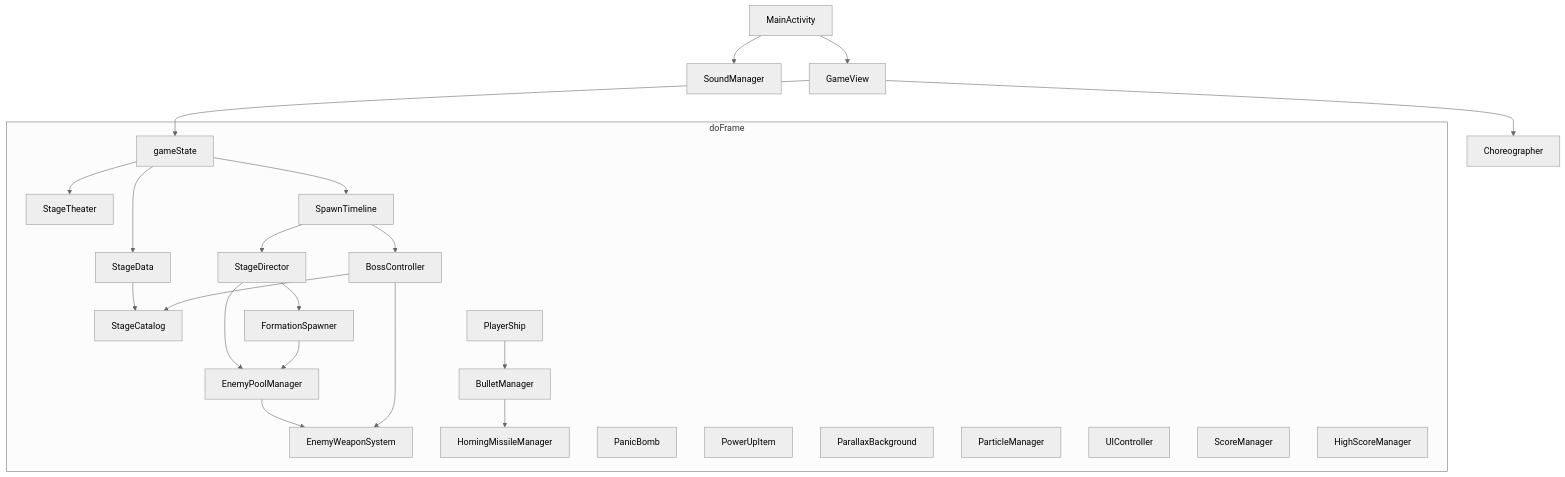
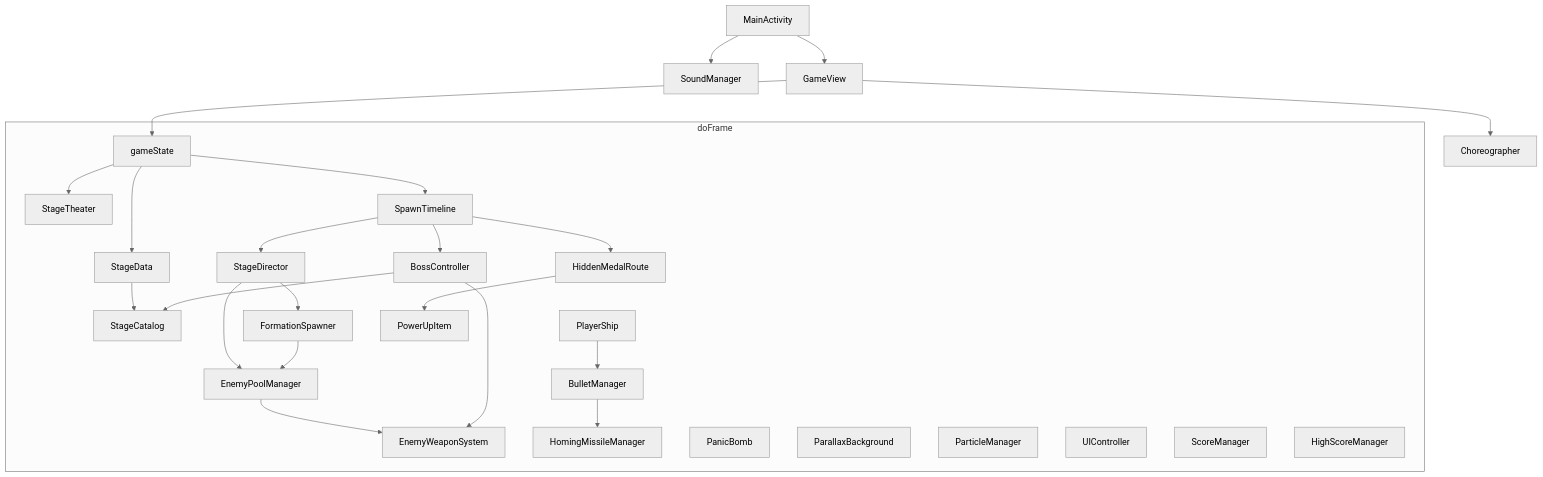
One commit to ccolteu/strikers changed the diagram in README.md. Above: the diagram before and after it, drawn with Mermaid (neutral theme). The commit also changed other lines of this file and 8 other files, not shown here.

Commit message:
No-miss and no-bomb recap bonuses, hidden medal routes on every stage, and separate high-score tables per difficulty.

````diff
--- a/README.md
+++ b/README.md
@@ -79,47 +82,50 @@
 ```mermaid
 flowchart TB
   MA[MainActivity]
   SM[SoundManager]
   GV[GameView]
   CH[Choreographer]
   MA --> SM
   MA --> GV
   GV --> CH
   subgraph frame["doFrame"]
     ST[gameState]
     SD[StageData]
     SC[StageCatalog]
     TH[StageTheater]
     TL[SpawnTimeline]
+    HMR[HiddenMedalRoute]
     DR[StageDirector]
     FS[FormationSpawner]
     EN[EnemyPoolManager]
     EW[EnemyWeaponSystem]
     BS[BossController]
     PL[PlayerShip]
     BL[BulletManager]
     HM[HomingMissileManager]
     PB[PanicBomb]
     PU[PowerUpItem]
     PA[ParallaxBackground]
     PT[ParticleManager]
     UI[UIController]
     SCR[ScoreManager]
     HS[HighScoreManager]
   end
   GV --> ST
   ST --> SD
   SD --> SC
   ST --> TH
   ST --> TL
+  TL --> HMR
+  HMR --> PU
   TL --> DR
   DR --> FS
   DR --> EN
   FS --> EN
   TL --> BS
   BS --> SC
   EN --> EW
   BS --> EW
   PL --> BL
   BL --> HM
 ```
````
